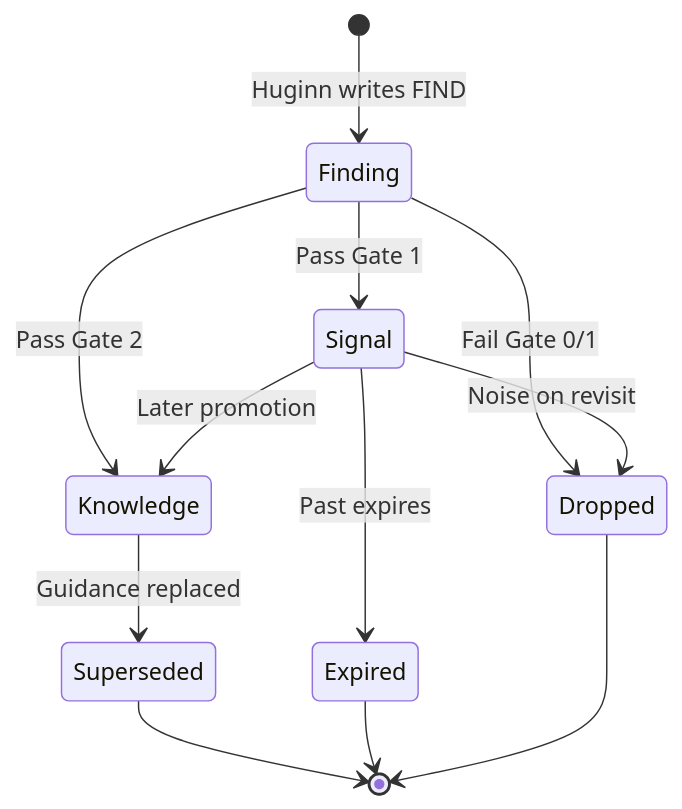
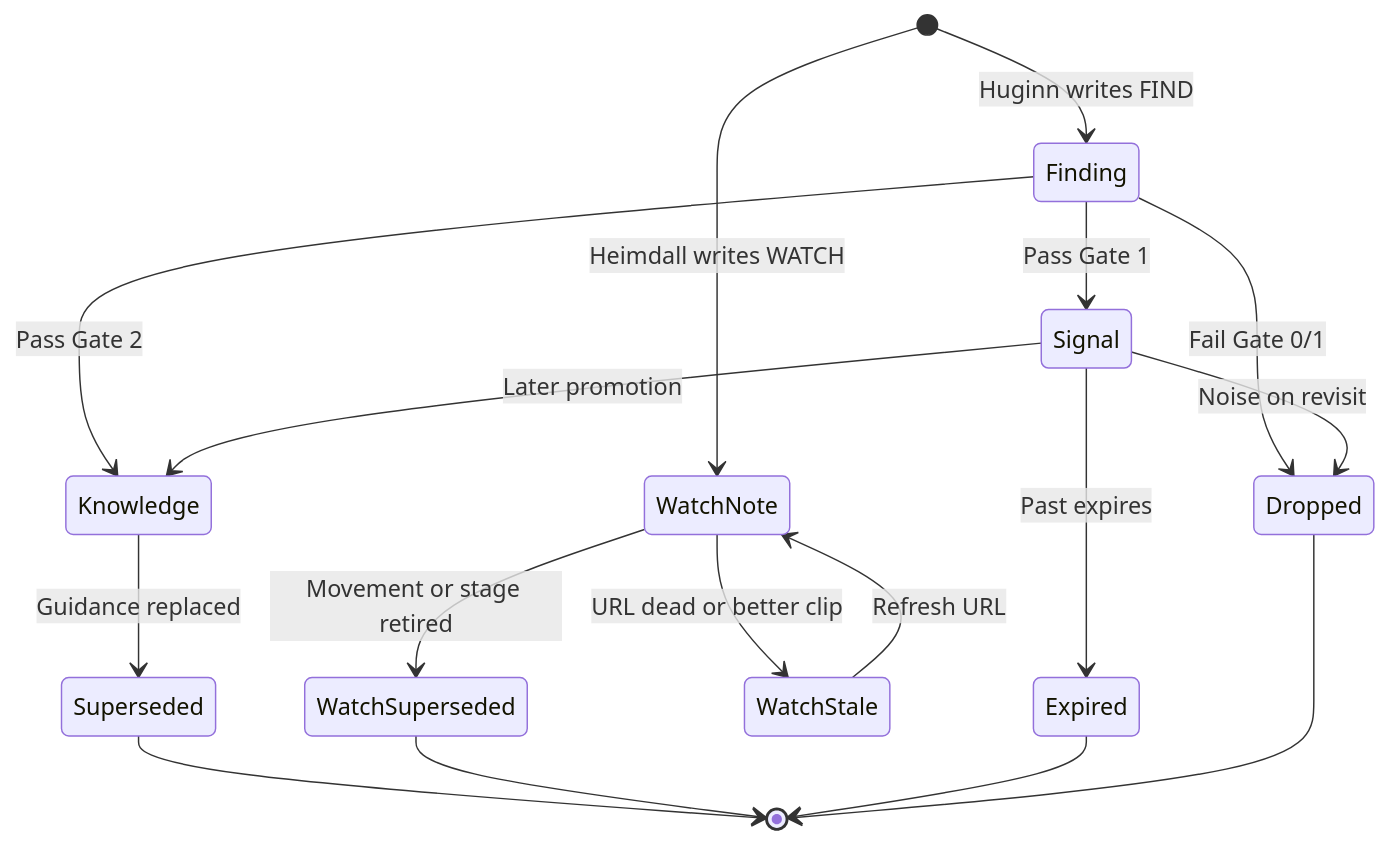
Before and after one commit to AlexTouvras/ravens: the fourth of 5 diagrams in docs/architecture/overview.md, drawn with Mermaid. The commit also changed other lines of this file and 16 other files, not shown here.

````diff
--- a/docs/architecture/overview.md
+++ b/docs/architecture/overview.md
@@ -67,14 +101,19 @@
 ```mermaid
 stateDiagram-v2
   [*] --> Finding: Huginn writes FIND
   Finding --> Dropped: Fail Gate 0/1
   Finding --> Signal: Pass Gate 1
   Finding --> Knowledge: Pass Gate 2
   Signal --> Knowledge: Later promotion
   Signal --> Expired: Past expires
   Signal --> Dropped: Noise on revisit
   Knowledge --> Superseded: Guidance replaced
+  [*] --> WatchNote: Heimdall writes WATCH
+  WatchNote --> WatchStale: URL dead or better clip
+  WatchNote --> WatchSuperseded: Movement or stage retired
+  WatchStale --> WatchNote: Refresh URL
   Superseded --> [*]
+  WatchSuperseded --> [*]
   Expired --> [*]
   Dropped --> [*]
 ```
````
